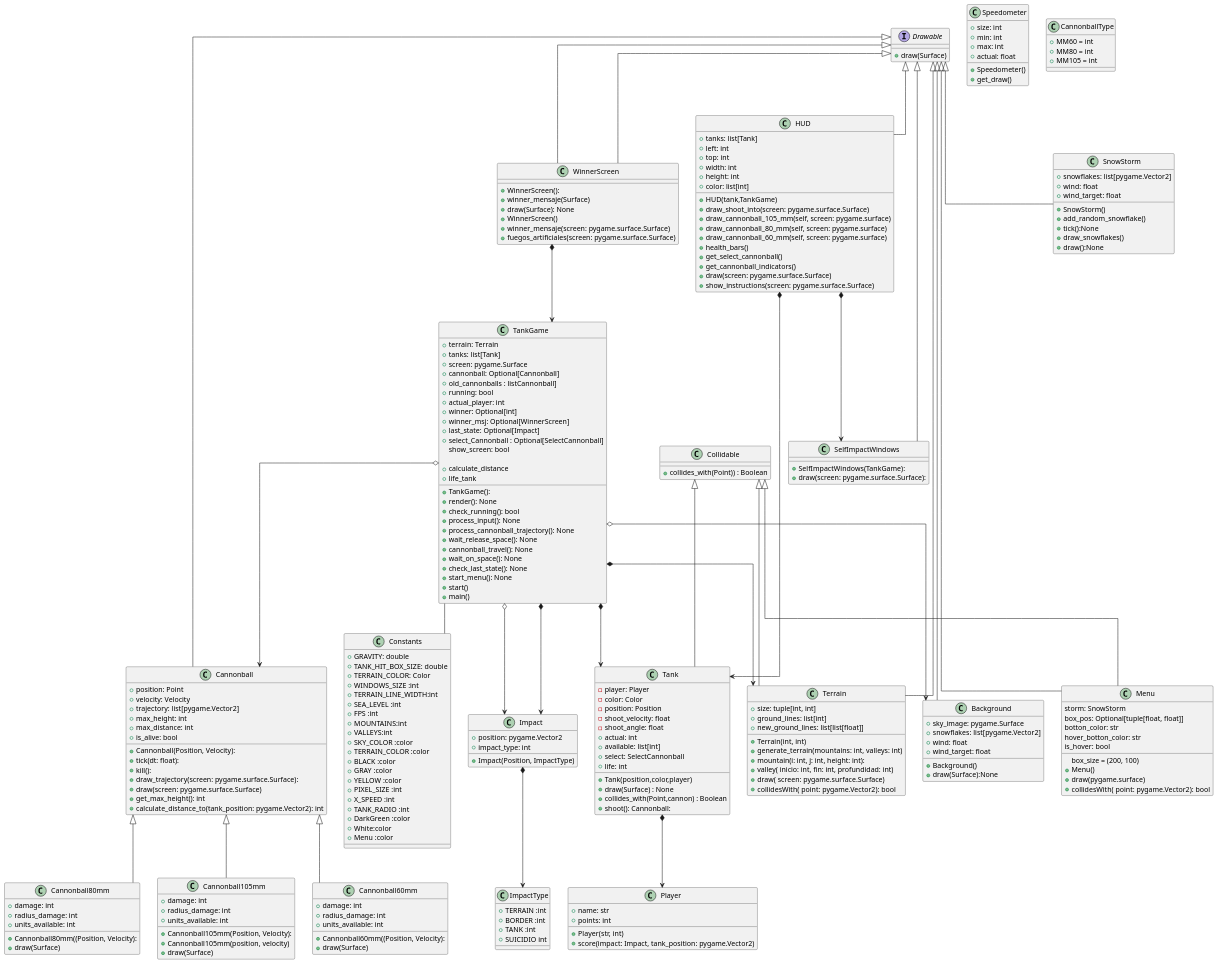
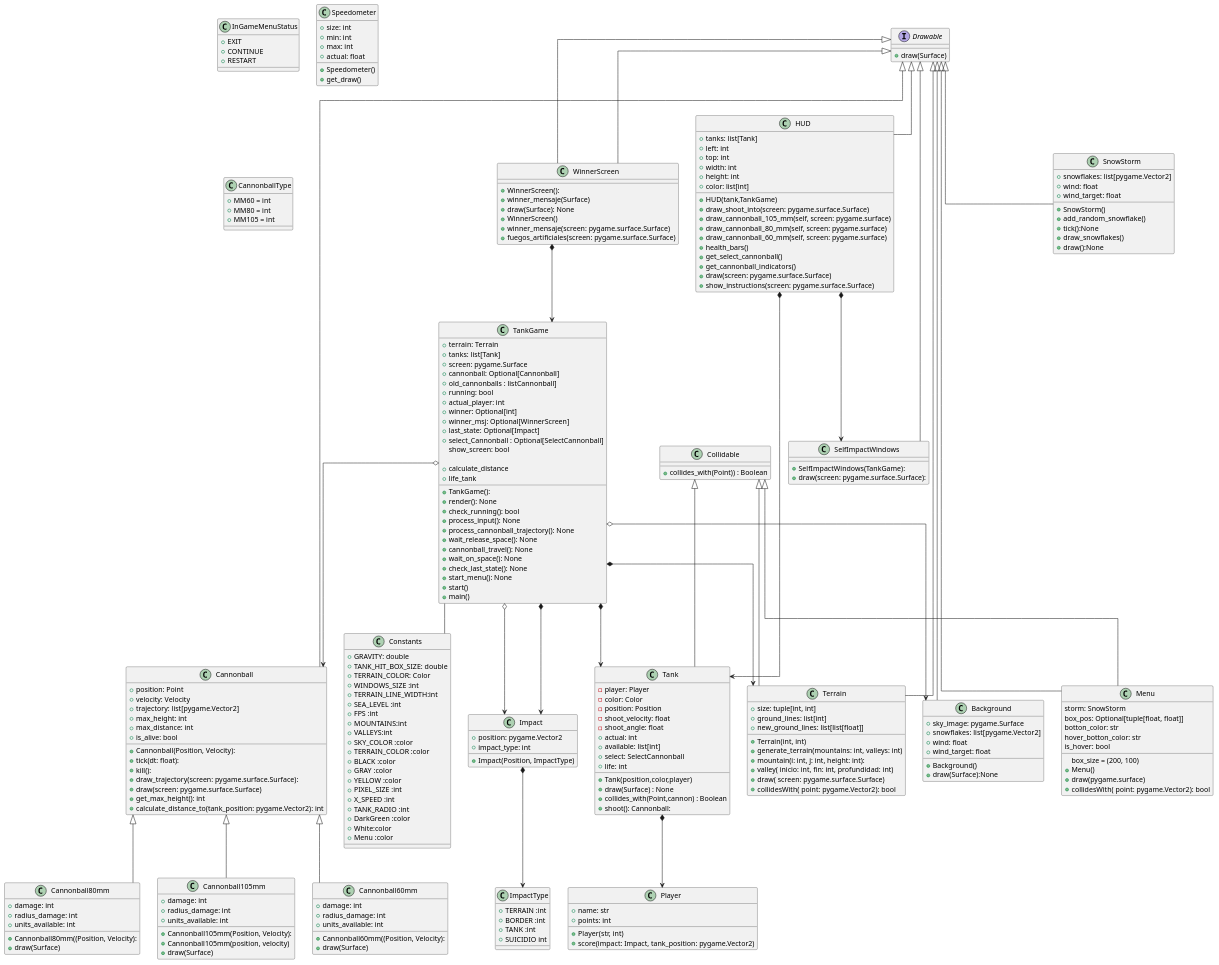
Before and after one commit to fraco-oxza/tankGame: the diagram in uml/entire.plantuml, drawn with PlantUML.

Commit message:
Changes by scons

```diff
--- a/uml/entire.plantuml
+++ b/uml/entire.plantuml
@@ -98,6 +98,11 @@
     +WinnerScreen():
     +winner_mensaje(Surface)
     +draw(Surface): None
+}
+class InGameMenuStatus{
+    + EXIT
+    + CONTINUE
+    + RESTART
 }
 
 class Terrain extends Drawable,Collidable {
```
